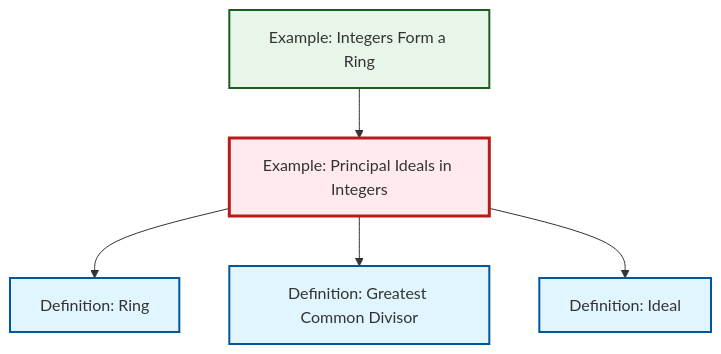
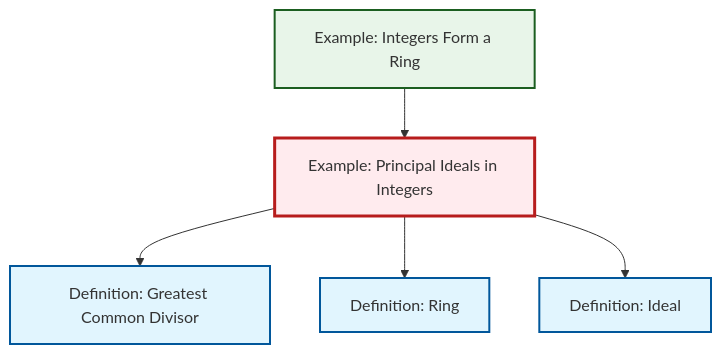
One commit to RK0429/ModernMath changed the diagram in content/en/algebra/ex-principal-ideal.qmd. Above: the diagram before and after it, drawn with Mermaid. The commit also changed other lines of this file and 654 other files, not shown here.

````diff
--- a/content/en/algebra/ex-principal-ideal.qmd
+++ b/content/en/algebra/ex-principal-ideal.qmd
@@ -63,23 +63,23 @@
 ```{mermaid}
 %%| fig-cap: "Local dependency graph"
 graph TD
     classDef definition fill:#e1f5fe,stroke:#01579b,stroke-width:2px
     classDef theorem fill:#f3e5f5,stroke:#4a148c,stroke-width:2px
     classDef axiom fill:#fff3e0,stroke:#e65100,stroke-width:2px
     classDef example fill:#e8f5e9,stroke:#1b5e20,stroke-width:2px
     classDef current fill:#ffebee,stroke:#b71c1c,stroke-width:3px
     def-gcd["Definition: Greatest Common Divisor"]:::definition
     def-ring["Definition: Ring"]:::definition
+    def-ideal["Definition: Ideal"]:::definition
     ex-principal-ideal["Example: Principal Ideals in Integers"]:::example
     ex-integers-ring["Example: Integers Form a Ring"]:::example
-    def-ideal["Definition: Ideal"]:::definition
+    ex-principal-ideal --> def-gcd
+    ex-principal-ideal --> def-ring
+    ex-principal-ideal --> def-ideal
     ex-integers-ring --> ex-principal-ideal
-    ex-principal-ideal --> def-ring
-    ex-principal-ideal --> def-gcd
-    ex-principal-ideal --> def-ideal
     class ex-principal-ideal current
     click def-gcd "def-gcd.html" "Go to Greatest Common Divisor definition"
     click def-ring "def-ring.html" "Go to Ring definition"
+    click def-ideal "def-ideal.html" "Go to Ideal definition"
     click ex-integers-ring "ex-integers-ring.html" "Go to Integers Form a Ring example"
-    click def-ideal "def-ideal.html" "Go to Ideal definition"
 ```
````
